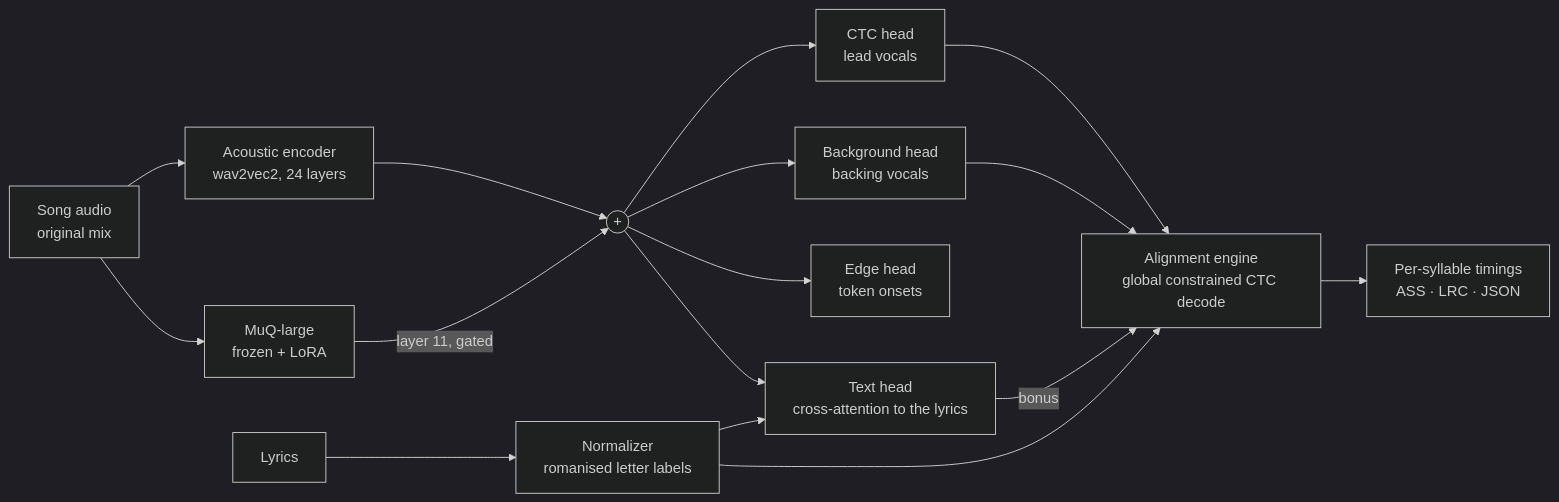
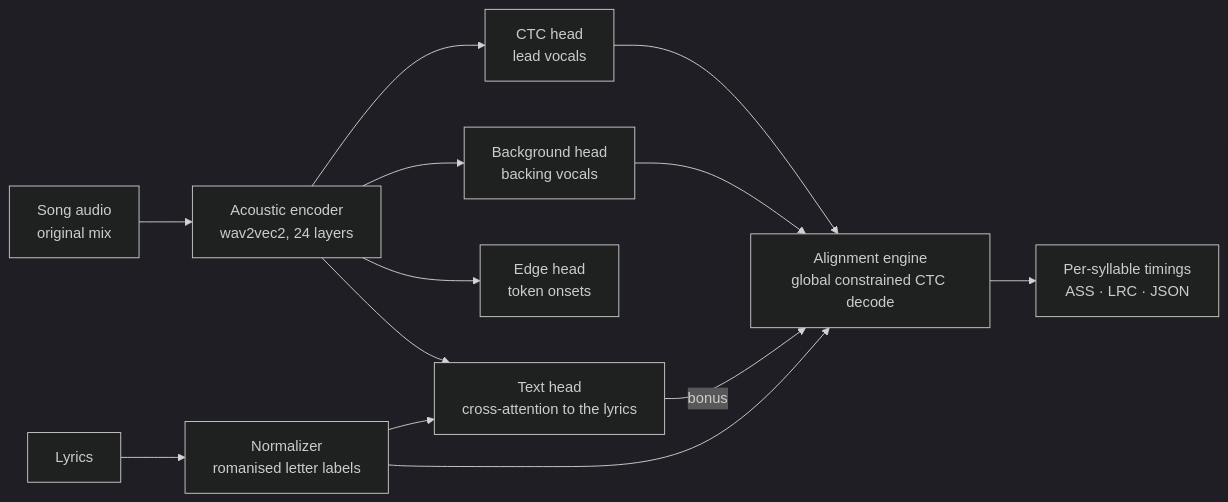
The diagram in README.md (hcx-labs/echora-kara), drawn with Mermaid (dark theme) before and after one commit. The commit also changed other lines of this file and 2 other files, not shown here.

````diff
--- a/README.md
+++ b/README.md
@@ -28,18 +28,15 @@
 ```mermaid
 flowchart LR
   A[Song audio<br/>original mix] --> E[Acoustic encoder<br/>wav2vec2, 24 layers]
-  A --> M[MuQ-large<br/>frozen + LoRA]
-  M -->|layer 11, gated| F((+))
-  E --> F
   L[Lyrics] --> N[Normalizer<br/>romanised letter labels]
-  F --> H1[CTC head<br/>lead vocals]
-  F --> H2[Background head<br/>backing vocals]
-  F --> H3[Edge head<br/>token onsets]
-  F --> T[Text head<br/>cross-attention to the lyrics]
+  E --> H1[CTC head<br/>lead vocals]
+  E --> H2[Background head<br/>backing vocals]
+  E --> H3[Edge head<br/>token onsets]
+  E --> T[Text head<br/>cross-attention to the lyrics]
   N --> T
   N --> D
   H1 --> D[Alignment engine<br/>global constrained CTC decode]
   H2 --> D
   T -->|bonus| D
   D --> O[Per-syllable timings<br/>ASS · LRC · JSON]
 ```
````
